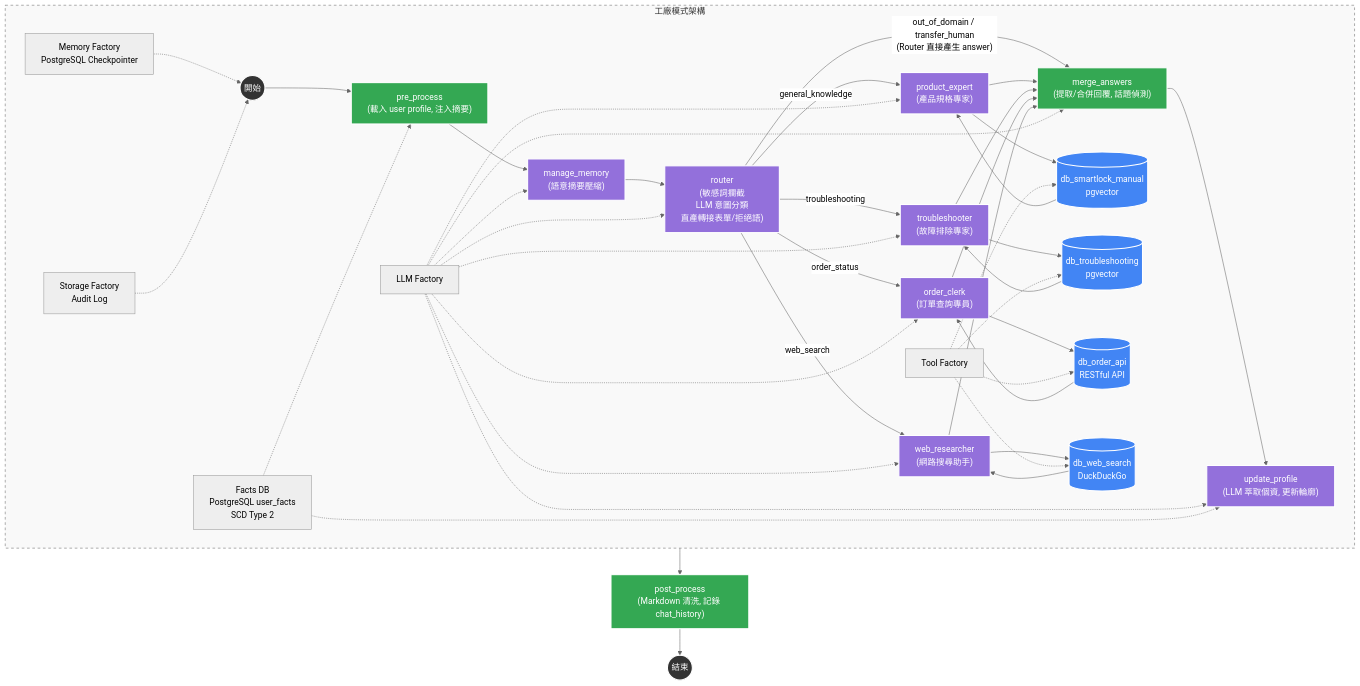
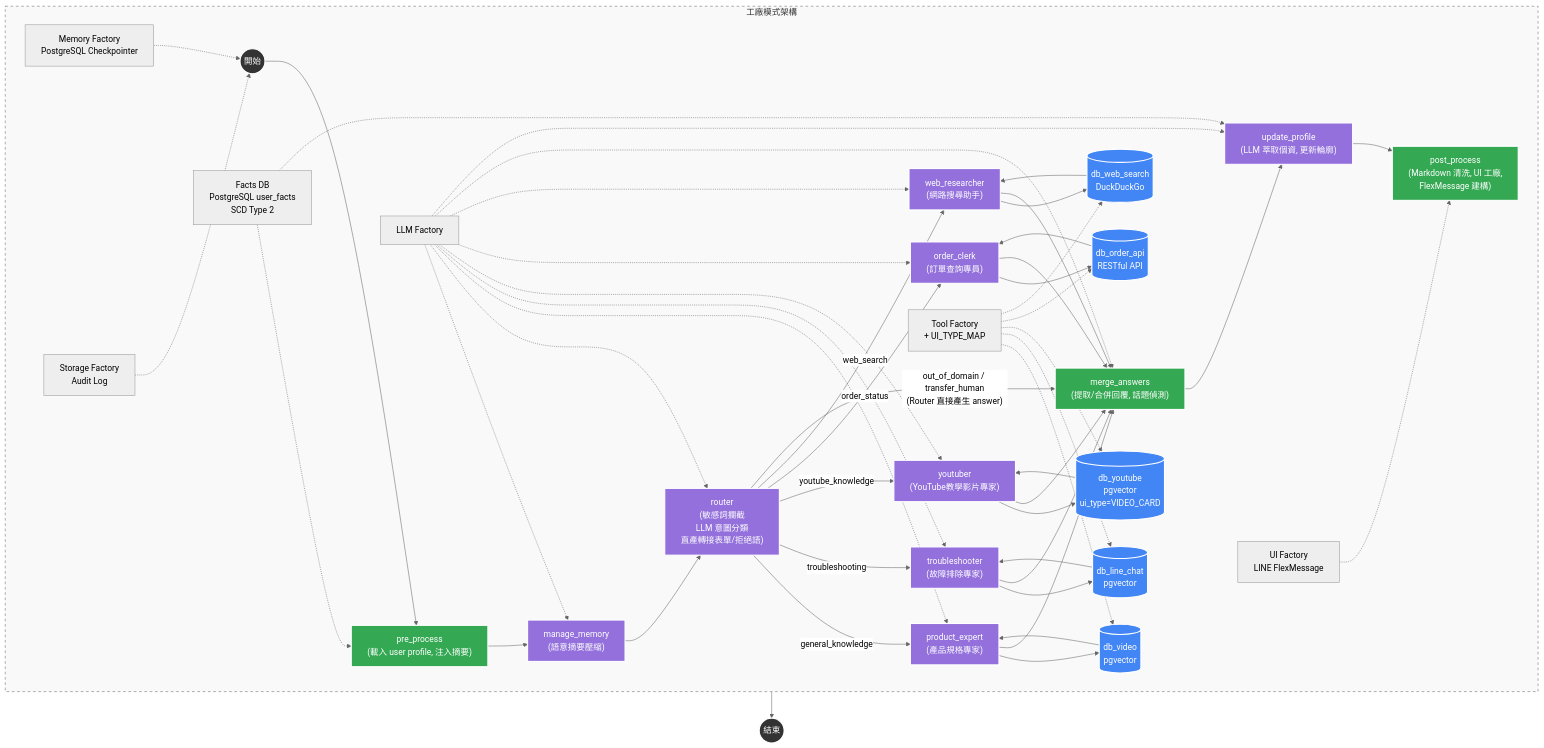
One commit to Imding1211/lock_AI_Agent changed the first of 5 diagrams in docs/manuals/系統架構與流程圖.md. Above: the diagram before and after it, drawn with Mermaid (neutral theme). The commit also changed other lines of this file and 17 other files, not shown here.

First line of the commit message:
feat: 配置驅動的 LINE Rich UI，YouTube 檢索結果以 FlexMessage 影片卡片呈現

````diff
--- a/docs/manuals/系統架構與流程圖.md
+++ b/docs/manuals/系統架構與流程圖.md
@@ -3,54 +3,59 @@
 ```mermaid
 graph TD
     %% 節點樣式定義
     classDef startEnd fill:#333,stroke:#fff,stroke-width:2px,color:#fff;
     classDef llmNode fill:#9370DB,stroke:#fff,stroke-width:2px,color:#fff;
     classDef decision fill:#ff9900,stroke:#333,stroke-width:2px;
     classDef dbNode fill:#4285f4,stroke:#fff,stroke-width:2px,color:#fff;
     classDef actionNode fill:#34a853,stroke:#fff,stroke-width:2px,color:#fff;
     classDef note fill:#f9f9f9,stroke:#666,stroke-dasharray: 5 5;
 
     %% 核心流程
     START((開始)):::startEnd --> pre_process["pre_process<br/>(載入 user profile, 注入摘要)"]:::actionNode
     pre_process --> manage_memory["manage_memory<br/>(語意摘要壓縮)"]:::llmNode
     manage_memory --> router["router<br/>(敏感詞攔截<br/>LLM 意圖分類<br/>直產轉接表單/拒絕語)"]:::llmNode
 
     %% 意圖分流（Send() fan-out，多意圖可平行派發）
     router -- "general_knowledge" --> PE["product_expert<br/>(產品規格專家)"]:::llmNode
     router -- "troubleshooting" --> TS["troubleshooter<br/>(故障排除專家)"]:::llmNode
+    router -- "youtube_knowledge" --> YT["youtuber<br/>(YouTube教學影片專家)"]:::llmNode
     router -- "order_status" --> OC["order_clerk<br/>(訂單查詢專員)"]:::llmNode
     router -- "web_search" --> WR["web_researcher<br/>(網路搜尋助手)"]:::llmNode
     router -- "out_of_domain / transfer_human<br/>(Router 直接產生 answer)" --> merge_answers
 
     %% Agent 子圖（agent_llm ↔ tool_node 迴圈）
-    PE --> PE_TOOL[("db_smartlock_manual<br/>pgvector")]:::dbNode
-    TS --> TS_TOOL[("db_troubleshooting<br/>pgvector")]:::dbNode
+    PE --> PE_TOOL[("db_video<br/>pgvector")]:::dbNode
+    TS --> TS_TOOL[("db_line_chat<br/>pgvector")]:::dbNode
+    YT --> YT_TOOL[("db_youtube<br/>pgvector<br/>ui_type=VIDEO_CARD")]:::dbNode
     OC --> OC_TOOL[("db_order_api<br/>RESTful API")]:::dbNode
     WR --> WR_TOOL[("db_web_search<br/>DuckDuckGo")]:::dbNode
 
     PE_TOOL --> PE
     TS_TOOL --> TS
+    YT_TOOL --> YT
     OC_TOOL --> OC
     WR_TOOL --> WR
 
     %% 匯流
     PE --> merge_answers["merge_answers<br/>(提取/合併回覆, 話題偵測)"]:::actionNode
     TS --> merge_answers
+    YT --> merge_answers
     OC --> merge_answers
     WR --> merge_answers
     merge_answers --> update_profile["update_profile<br/>(LLM 萃取個資, 更新輪廓)"]:::llmNode
-    update_profile --> post_process["post_process<br/>(Markdown 清洗, 記錄 chat_history)"]:::actionNode
+    update_profile --> post_process["post_process<br/>(Markdown 清洗, UI 工廠,<br/>FlexMessage 建構)"]:::actionNode
     post_process --> END((結束)):::startEnd
 
     %% 底層支援
     subgraph Support_Layer [工廠模式架構]
         direction LR
-        f1[LLM Factory] -.-> manage_memory & router & PE & TS & OC & WR & merge_answers & update_profile
+        f1[LLM Factory] -.-> manage_memory & router & PE & TS & YT & OC & WR & merge_answers & update_profile
         f2[Memory Factory<br/>PostgreSQL Checkpointer] -.-> START
-        f3[Tool Factory] -.-> PE_TOOL & TS_TOOL & OC_TOOL & WR_TOOL
+        f3[Tool Factory<br/>+ UI_TYPE_MAP] -.-> PE_TOOL & TS_TOOL & YT_TOOL & OC_TOOL & WR_TOOL
         f4[Storage Factory<br/>Audit Log] -.-> START
         f5[Facts DB<br/>PostgreSQL user_facts<br/>SCD Type 2] -.-> pre_process & update_profile
+        f6[UI Factory<br/>LINE FlexMessage] -.-> post_process
     end
     class Support_Layer note
 
 ```
````
